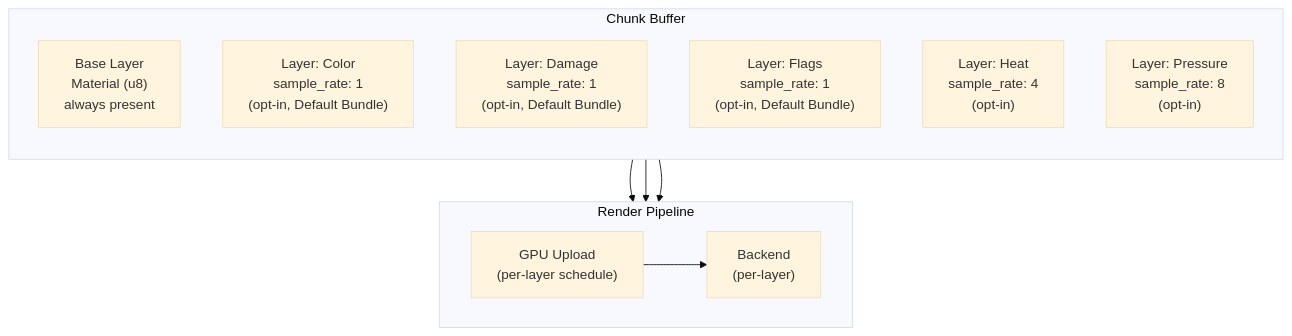
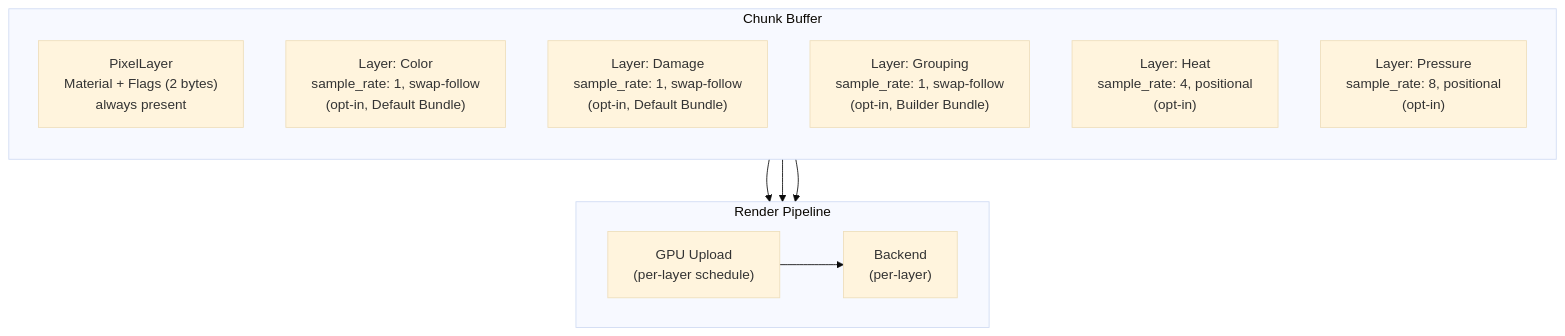
Before and after one commit to api-haus/bevy_pixel_world: the second of 4 diagrams in docs/arhitecture/modularity/pixel-layers.md, drawn with Mermaid (base theme). The commit also changed other lines of this file and 8 other files, not shown here.

First line of the commit message:
docs: standardize layer terminology across architecture docs

````diff
--- a/docs/arhitecture/modularity/pixel-layers.md
+++ b/docs/arhitecture/modularity/pixel-layers.md
@@ -227,23 +249,23 @@
 ```mermaid
 flowchart TB
     subgraph Chunk["Chunk Buffer"]
         direction TB
-        Base["Base Layer<br/>Material (u8)<br/>always present"]
-        L0["Layer: Color<br/>sample_rate: 1<br/>(opt-in, Default Bundle)"]
-        L1["Layer: Damage<br/>sample_rate: 1<br/>(opt-in, Default Bundle)"]
-        L2["Layer: Flags<br/>sample_rate: 1<br/>(opt-in, Default Bundle)"]
-        L3["Layer: Heat<br/>sample_rate: 4<br/>(opt-in)"]
-        L4["Layer: Pressure<br/>sample_rate: 8<br/>(opt-in)"]
+        Base["PixelLayer<br/>Material + Flags (2 bytes)<br/>always present"]
+        L0["Layer: Color<br/>sample_rate: 1, swap-follow<br/>(opt-in, Default Bundle)"]
+        L1["Layer: Damage<br/>sample_rate: 1, swap-follow<br/>(opt-in, Default Bundle)"]
+        L2["Layer: Grouping<br/>sample_rate: 1, swap-follow<br/>(opt-in, Builder Bundle)"]
+        L3["Layer: Heat<br/>sample_rate: 4, positional<br/>(opt-in)"]
+        L4["Layer: Pressure<br/>sample_rate: 8, positional<br/>(opt-in)"]
     end
 
     subgraph Render["Render Pipeline"]
         direction LR
         R1["GPU Upload<br/>(per-layer schedule)"]
         R2["Backend<br/>(per-layer)"]
     end
 
     L0 --> R1
     L3 --> R1
     L4 --> R1
     R1 --> R2
 ```
````
